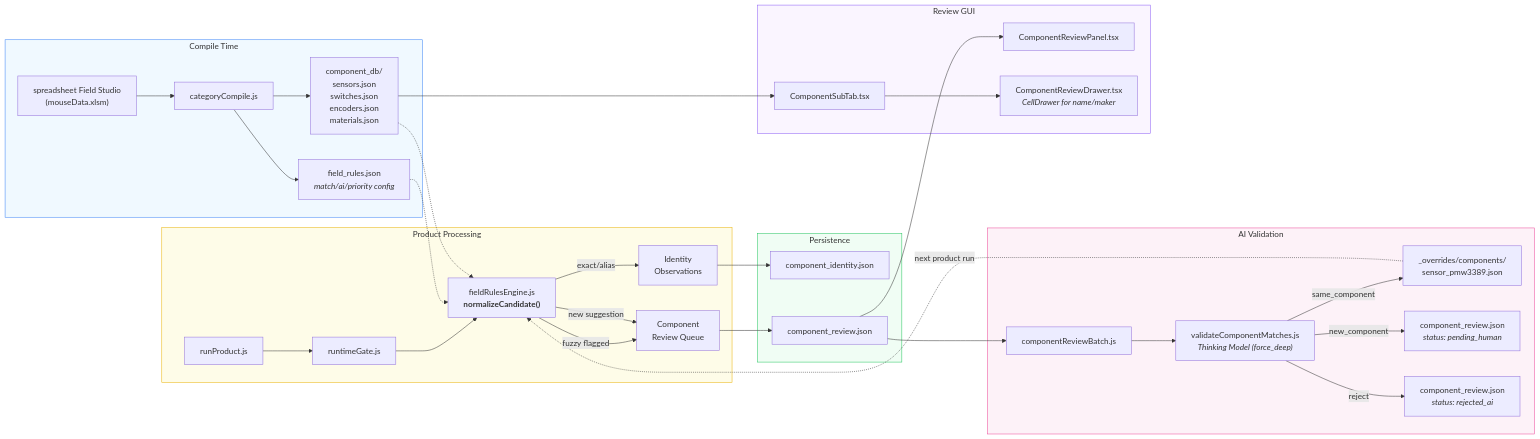
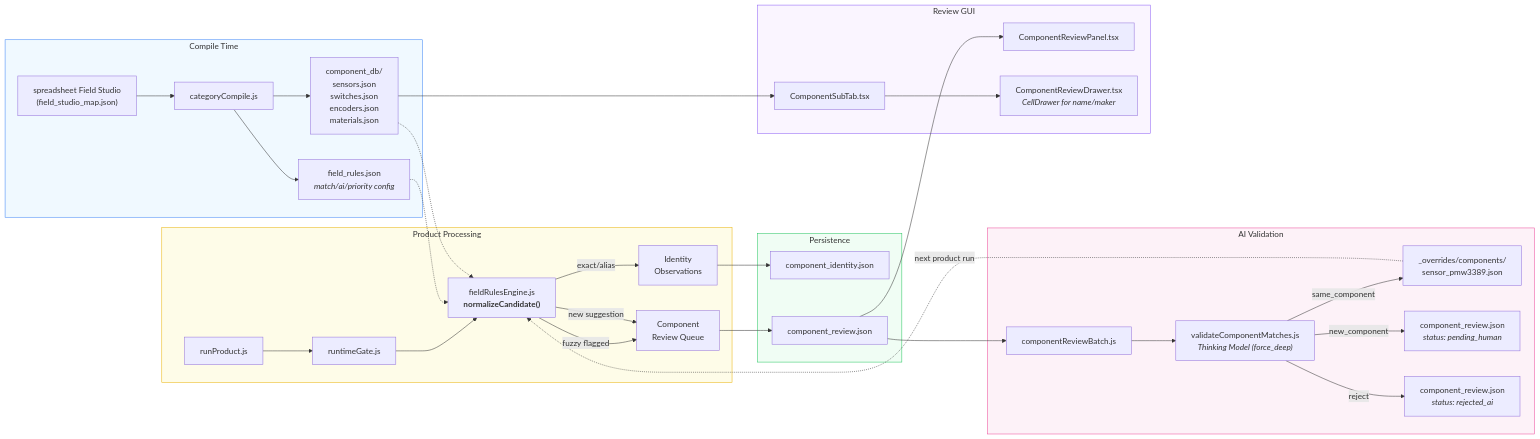
Before and after one commit to CdubVentures/Spec-Factory: the second of 17 diagrams in implementation/ai-implementation-plans/architecture.md, drawn with Mermaid. The commit also changed other lines of this file and 108 other files, not shown here.

````diff
--- a/implementation/ai-implementation-plans/architecture.md
+++ b/implementation/ai-implementation-plans/architecture.md
@@ -87,45 +90,45 @@
 ```mermaid
 flowchart LR
     subgraph COMPILE["Compile Time"]
-        WB["spreadsheet Field Studio<br/>(mouseData.xlsm)"] --> CC["categoryCompile.js"]
+        WB["spreadsheet Field Studio<br/>(field_studio_map.json)"] --> CC["categoryCompile.js"]
         CC --> FRJ["field_rules.json<br/><i>match/ai/priority config</i>"]
         CC --> CDB["component_db/<br/>sensors.json<br/>switches.json<br/>encoders.json<br/>materials.json"]
     end
 
     subgraph RUNTIME["Product Processing"]
         RP["runProduct.js"] --> RG["runtimeGate.js"]
         RG --> FRE["fieldRulesEngine.js<br/><b>normalizeCandidate()</b>"]
         FRE --> |"exact/alias"| IO["Identity<br/>Observations"]
         FRE --> |"fuzzy flagged"| CRQ["Component<br/>Review Queue"]
         FRE --> |"new suggestion"| CRQ
     end
 
     subgraph PERSIST["Persistence"]
         IO --> IOF["component_identity.json"]
         CRQ --> CRF["component_review.json"]
     end
 
     subgraph AI["AI Validation"]
         CRF --> CRB["componentReviewBatch.js"]
         CRB --> VCM["validateComponentMatches.js<br/><i>Thinking Model (force_deep)</i>"]
         VCM --> |"same_component"| OVR["_overrides/components/<br/>sensor_pmw3389.json"]
         VCM --> |"new_component"| CRF2["component_review.json<br/><i>status: pending_human</i>"]
         VCM --> |"reject"| CRF3["component_review.json<br/><i>status: rejected_ai</i>"]
     end
 
     subgraph GUI["Review GUI"]
         CRF --> CRP["ComponentReviewPanel.tsx"]
         CDB --> CST["ComponentSubTab.tsx"]
         CST --> CRD["ComponentReviewDrawer.tsx<br/><i>CellDrawer for name/maker</i>"]
     end
 
     FRJ -.-> FRE
     CDB -.-> FRE
     OVR -.-> |"next product run"| FRE
 
     style COMPILE fill:#f0f9ff,stroke:#3b82f6
     style RUNTIME fill:#fefce8,stroke:#eab308
     style PERSIST fill:#f0fdf4,stroke:#22c55e
     style AI fill:#fdf2f8,stroke:#ec4899
     style GUI fill:#faf5ff,stroke:#8b5cf6
 ```
````
